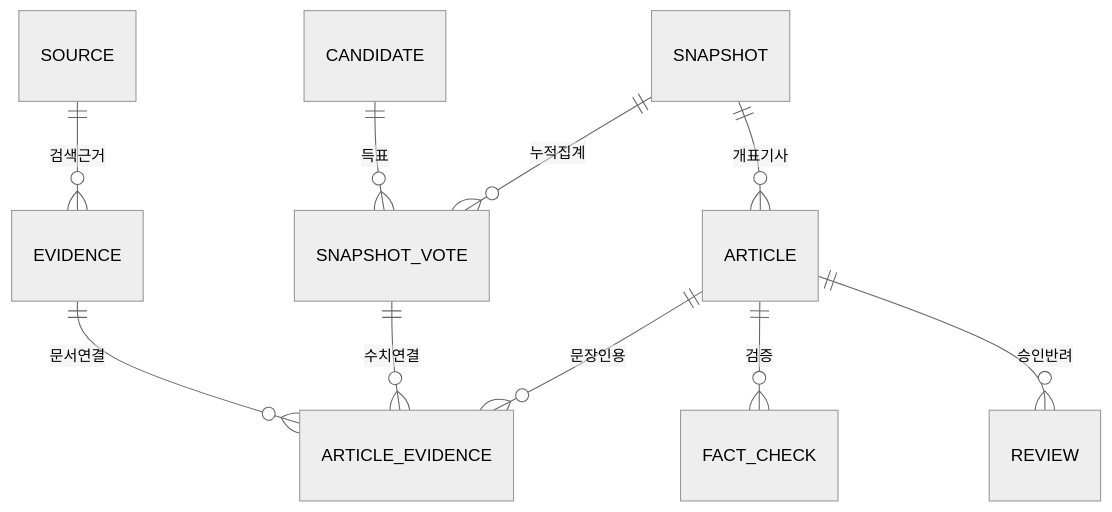
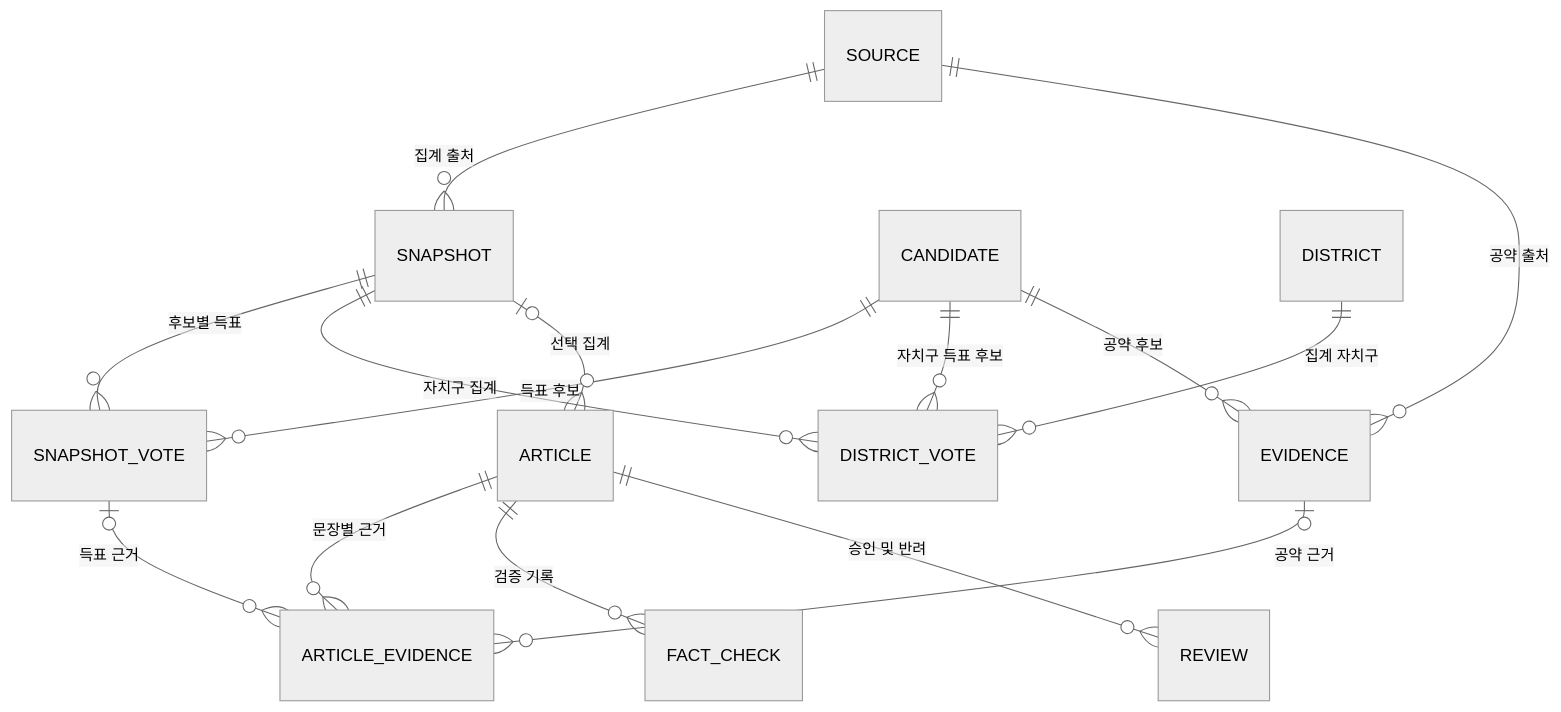
The first of 2 diagrams in README.md (BTS-Trio/2026-Mayor-of-Seoul), drawn with Mermaid (neutral theme) before and after one commit. The commit also changed other lines of this file and 5 other files, not shown here.

````diff
--- a/README.md
+++ b/README.md
@@ -222,12 +143,17 @@
 ```mermaid
 erDiagram
-    CANDIDATE ||--o{ SNAPSHOT_VOTE : 득표
-    SNAPSHOT ||--o{ SNAPSHOT_VOTE : 누적집계
-    SNAPSHOT ||--o{ ARTICLE : 개표기사
-    SOURCE ||--o{ EVIDENCE : 검색근거
-    ARTICLE ||--o{ ARTICLE_EVIDENCE : 문장인용
-    EVIDENCE ||--o{ ARTICLE_EVIDENCE : 문서연결
-    SNAPSHOT_VOTE ||--o{ ARTICLE_EVIDENCE : 수치연결
-    ARTICLE ||--o{ FACT_CHECK : 검증
-    ARTICLE ||--o{ REVIEW : 승인반려
+    SOURCE ||--o{ SNAPSHOT : "집계 출처"
+    SNAPSHOT ||--o{ SNAPSHOT_VOTE : "후보별 득표"
+    CANDIDATE ||--o{ SNAPSHOT_VOTE : "득표 후보"
+    SNAPSHOT ||--o{ DISTRICT_VOTE : "자치구 집계"
+    DISTRICT ||--o{ DISTRICT_VOTE : "집계 자치구"
+    CANDIDATE ||--o{ DISTRICT_VOTE : "자치구 득표 후보"
+    SOURCE ||--o{ EVIDENCE : "공약 출처"
+    CANDIDATE ||--o{ EVIDENCE : "공약 후보"
+    SNAPSHOT o|--o{ ARTICLE : "선택 집계"
+    ARTICLE ||--o{ ARTICLE_EVIDENCE : "문장별 근거"
+    EVIDENCE o|--o{ ARTICLE_EVIDENCE : "공약 근거"
+    SNAPSHOT_VOTE o|--o{ ARTICLE_EVIDENCE : "득표 근거"
+    ARTICLE ||--o{ FACT_CHECK : "검증 기록"
+    ARTICLE ||--o{ REVIEW : "승인 및 반려"
 ```
````
